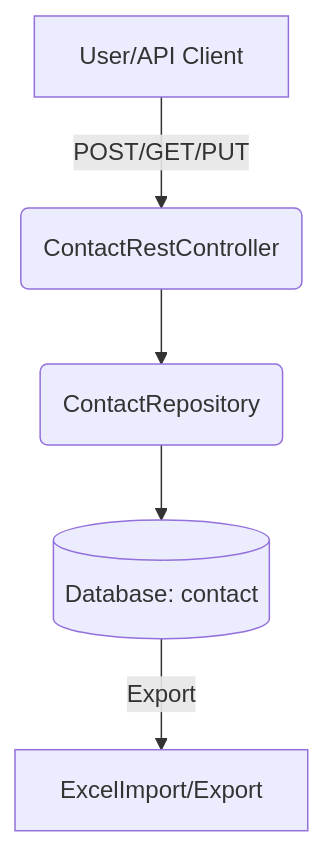
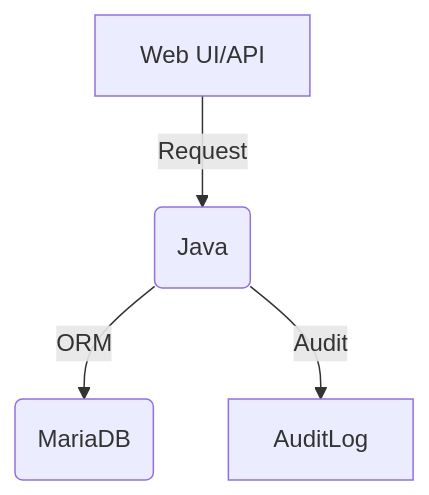
The first of 2 diagrams in aidocs/DMFD.md (crafted-by-art/webjetcms), drawn with Mermaid before and after one commit. The commit also changed other lines of this file, not shown here.

Commit message:
docs: add Data Model and Flow Documentation (DMFD)

```diff
--- a/aidocs/DMFD.md
+++ b/aidocs/DMFD.md
@@ -72,7 +74,6 @@
 ~~~mermaid
-flowchart TD
-    A[User/API Client] -->|POST/GET/PUT| B(ContactRestController)
-    B --> C(ContactRepository)
-    C --> D[(Database: contact)]
-    D -->|Export| E[ExcelImport/Export]
+graph TD
+    UI[Web UI/API] -->|Request| ServiceLayer(Java)
+    ServiceLayer(Java) -->|ORM| Database(MariaDB)
+    ServiceLayer(Java) -->|Audit| AuditLog
 ~~~
```
